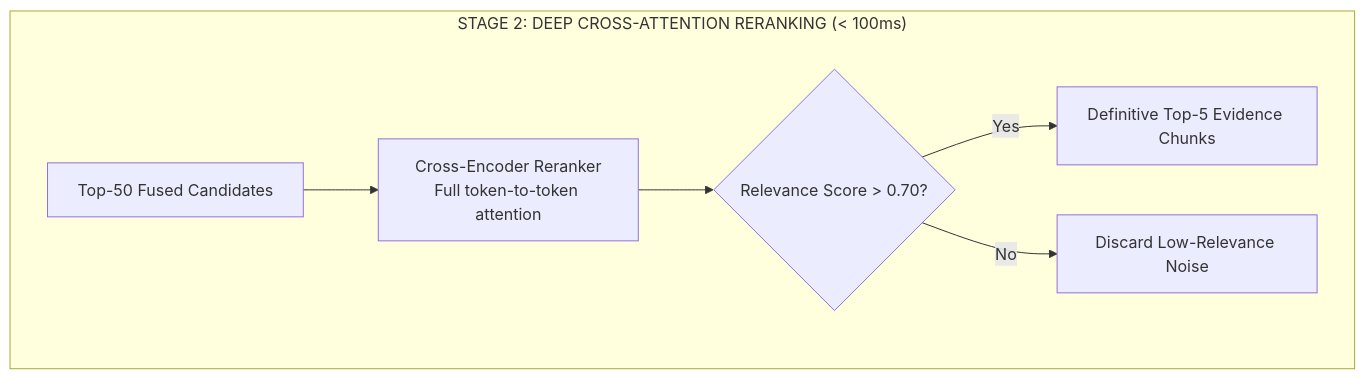
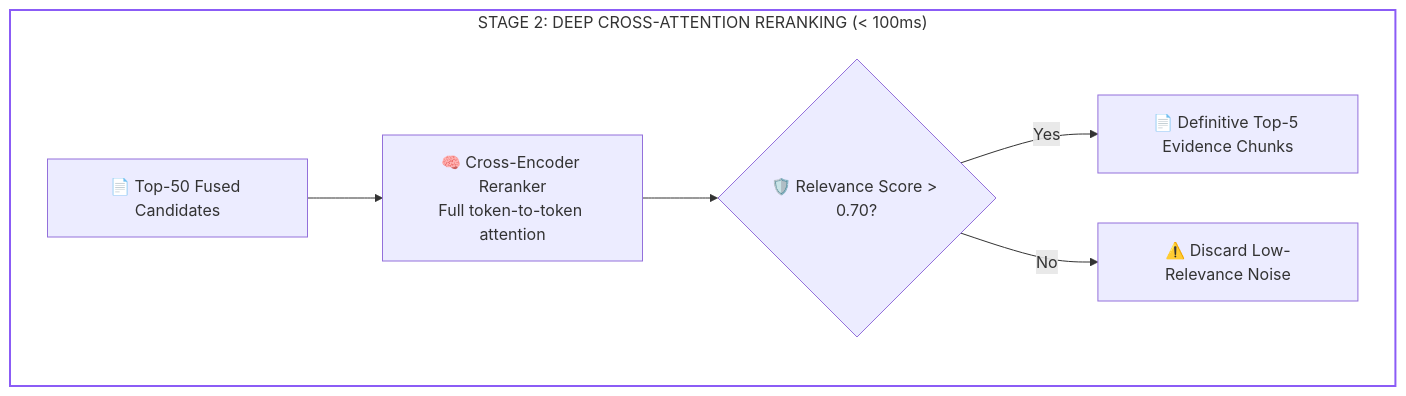
One commit to dip4k/senior-engineer-to-ai-engineer-roadmap changed the second of 3 diagrams in 02-rag-and-knowledge-systems/04-reciprocal-rank-fusion-and-cross-encoders.md. Above: the diagram before and after it, drawn with Mermaid. The commit also changed other lines of this file and 39 other files, not shown here.

First line of the commit message:
feat(curriculum): upgrade mermaid diagrams with unicode icons & codify anti-bloat layout rules

````diff
--- a/02-rag-and-knowledge-systems/04-reciprocal-rank-fusion-and-cross-encoders.md
+++ b/02-rag-and-knowledge-systems/04-reciprocal-rank-fusion-and-cross-encoders.md
@@ -74,9 +75,10 @@
 ```mermaid
 flowchart TD
     subgraph Stage2["STAGE 2: DEEP CROSS-ATTENTION RERANKING (< 100ms)"]
-        Fused["Top-50 Fused Candidates"] --> Cross["Cross-Encoder Reranker<br>Full token-to-token attention"]
-        Cross --> Filter{"Relevance Score > 0.70?"}
-        Filter -- "Yes" --> Top5["Definitive Top-5 Evidence Chunks"]
-        Filter -- "No" --> Drop["Discard Low-Relevance Noise"]
+        Fused["📄 Top-50 Fused Candidates"] --> Cross["🧠 Cross-Encoder Reranker<br>Full token-to-token attention"]
+        Cross --> Filter{"🛡️ Relevance Score > 0.70?"}
+        Filter -- "Yes" --> Top5["📄 Definitive Top-5 Evidence Chunks"]
+        Filter -- "No" --> Drop["⚠️ Discard Low-Relevance Noise"]
     end
+    style Stage2 fill:none,stroke:#8b5cf6,stroke-width:2px;
 ```
````
